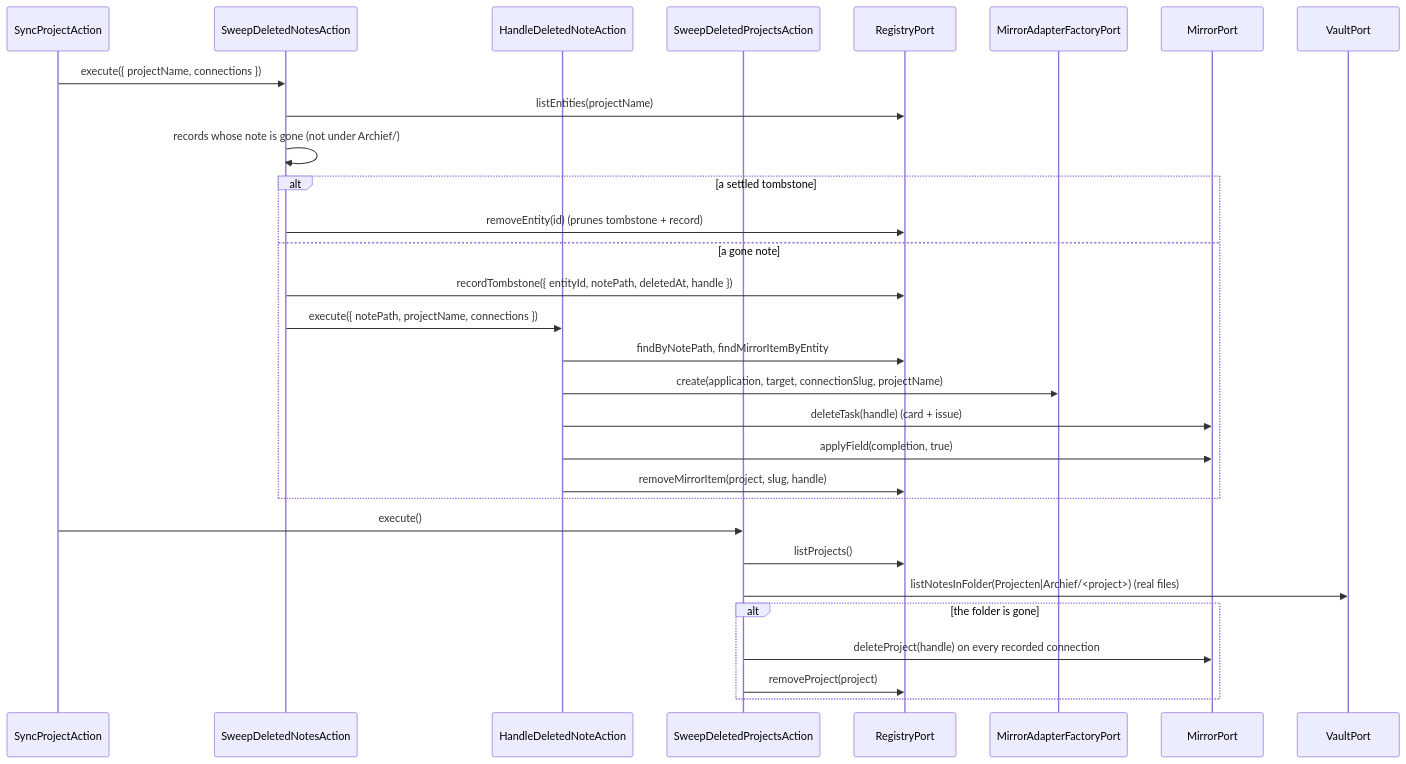
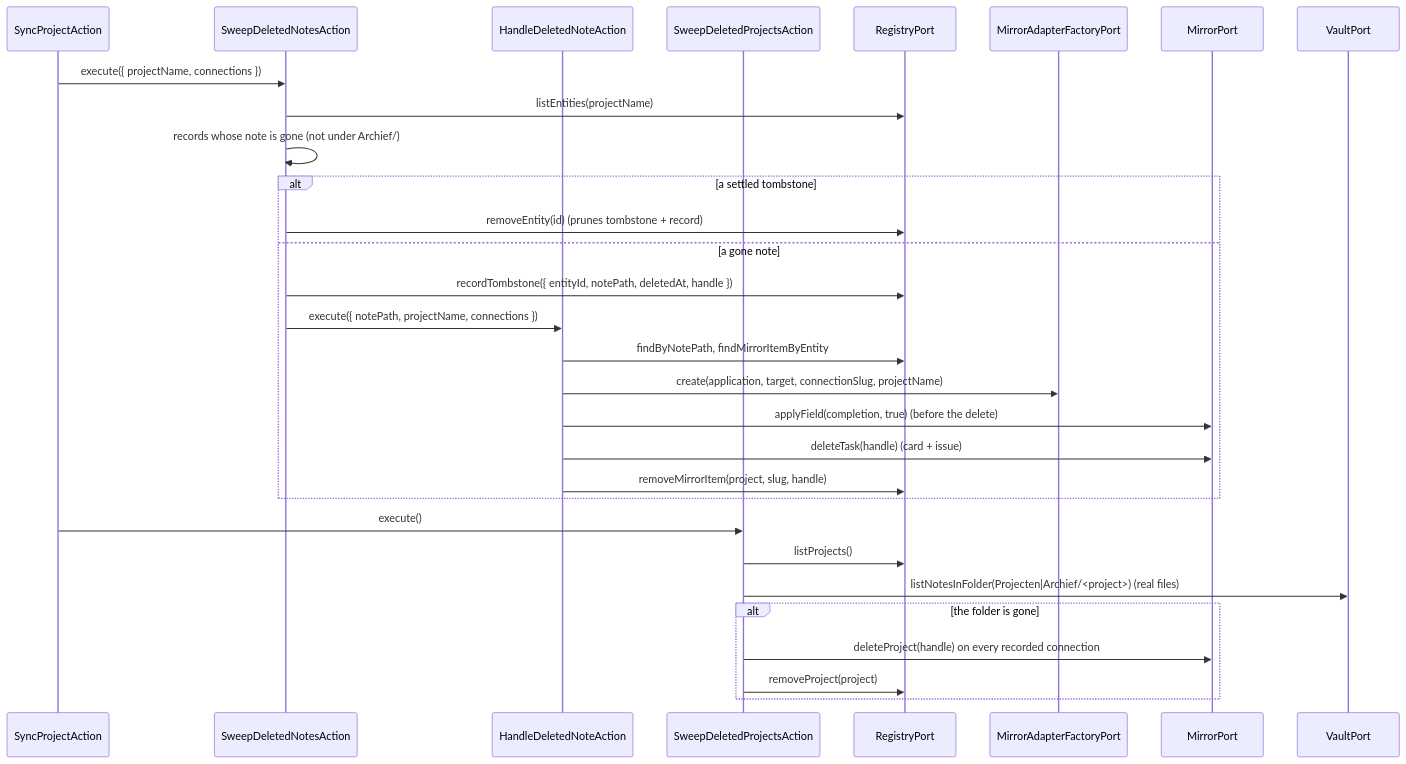
Before and after one commit to 99linesofcode/obsidian-project-management: diagram 15 of 16 in docs/developer-manual.md, drawn with Mermaid. The commit also changed other lines of this file and 2 other files, not shown here.

First line of the commit message:
fix(delete): settle the delete without a post-delete completion write

````diff
--- a/docs/developer-manual.md
+++ b/docs/developer-manual.md
@@ -695,33 +697,33 @@
 ```mermaid
 sequenceDiagram
   participant SP as SyncProjectAction
   participant Sweep as SweepDeletedNotesAction
   participant HD as HandleDeletedNoteAction
   participant SPj as SweepDeletedProjectsAction
   participant SS as RegistryPort
   participant F as MirrorAdapterFactoryPort
   participant R as MirrorPort
   participant V as VaultPort
 
   SP->>Sweep: execute({ projectName, connections })
   Sweep->>SS: listEntities(projectName)
   Sweep->>Sweep: records whose note is gone (not under Archief/)
   alt a settled tombstone
     Sweep->>SS: removeEntity(id) (prunes tombstone + record)
   else a gone note
     Sweep->>SS: recordTombstone({ entityId, notePath, deletedAt, handle })
     Sweep->>HD: execute({ notePath, projectName, connections })
     HD->>SS: findByNotePath, findMirrorItemByEntity
     HD->>F: create(application, target, connectionSlug, projectName)
+    HD->>R: applyField(completion, true) (before the delete)
     HD->>R: deleteTask(handle) (card + issue)
-    HD->>R: applyField(completion, true)
     HD->>SS: removeMirrorItem(project, slug, handle)
   end
   SP->>SPj: execute()
   SPj->>SS: listProjects()
   SPj->>V: listNotesInFolder(Projecten|Archief/<project>) (real files)
   alt the folder is gone
     SPj->>R: deleteProject(handle) on every recorded connection
     SPj->>SS: removeProject(project)
   end
 ```
````
